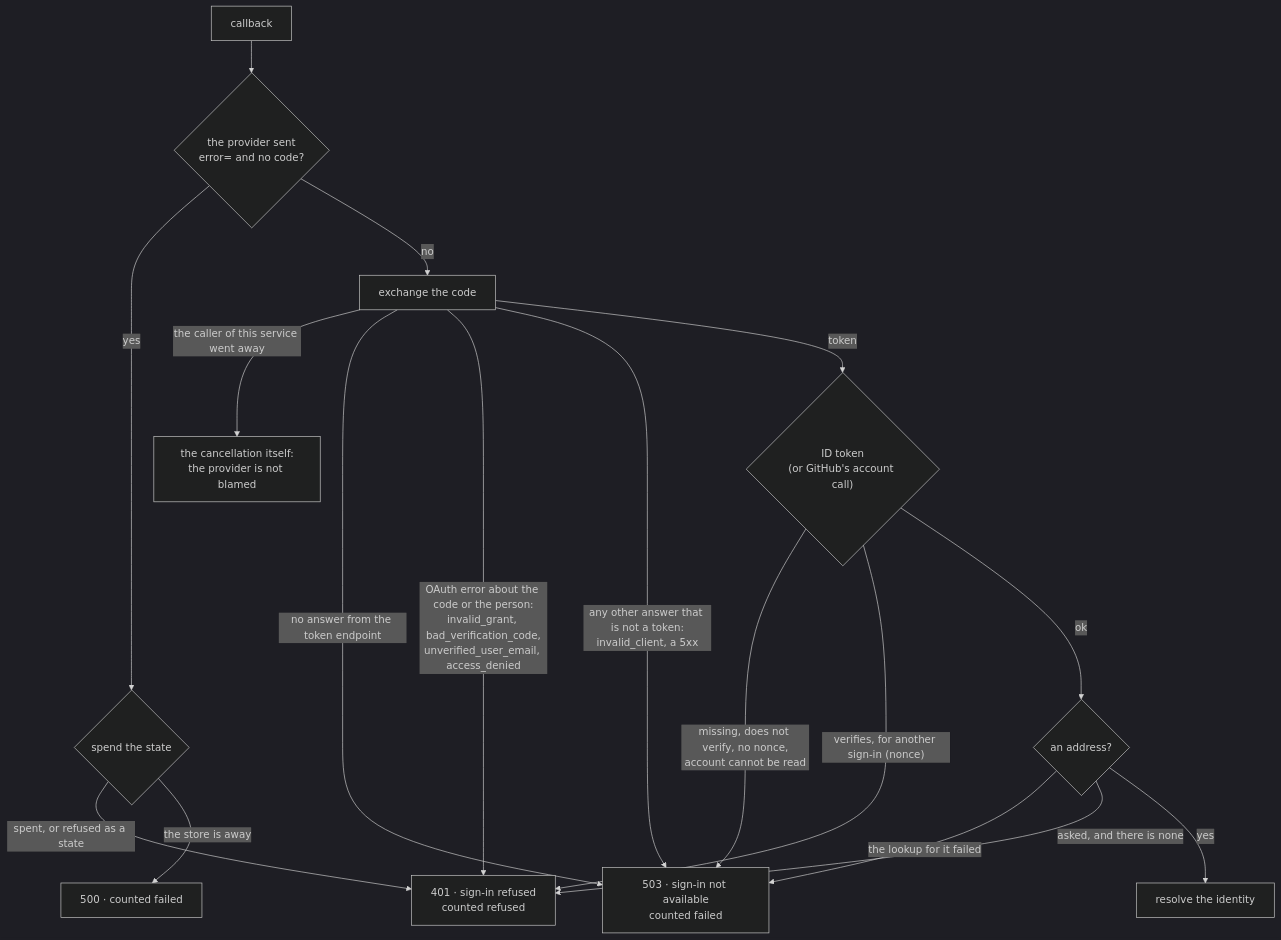
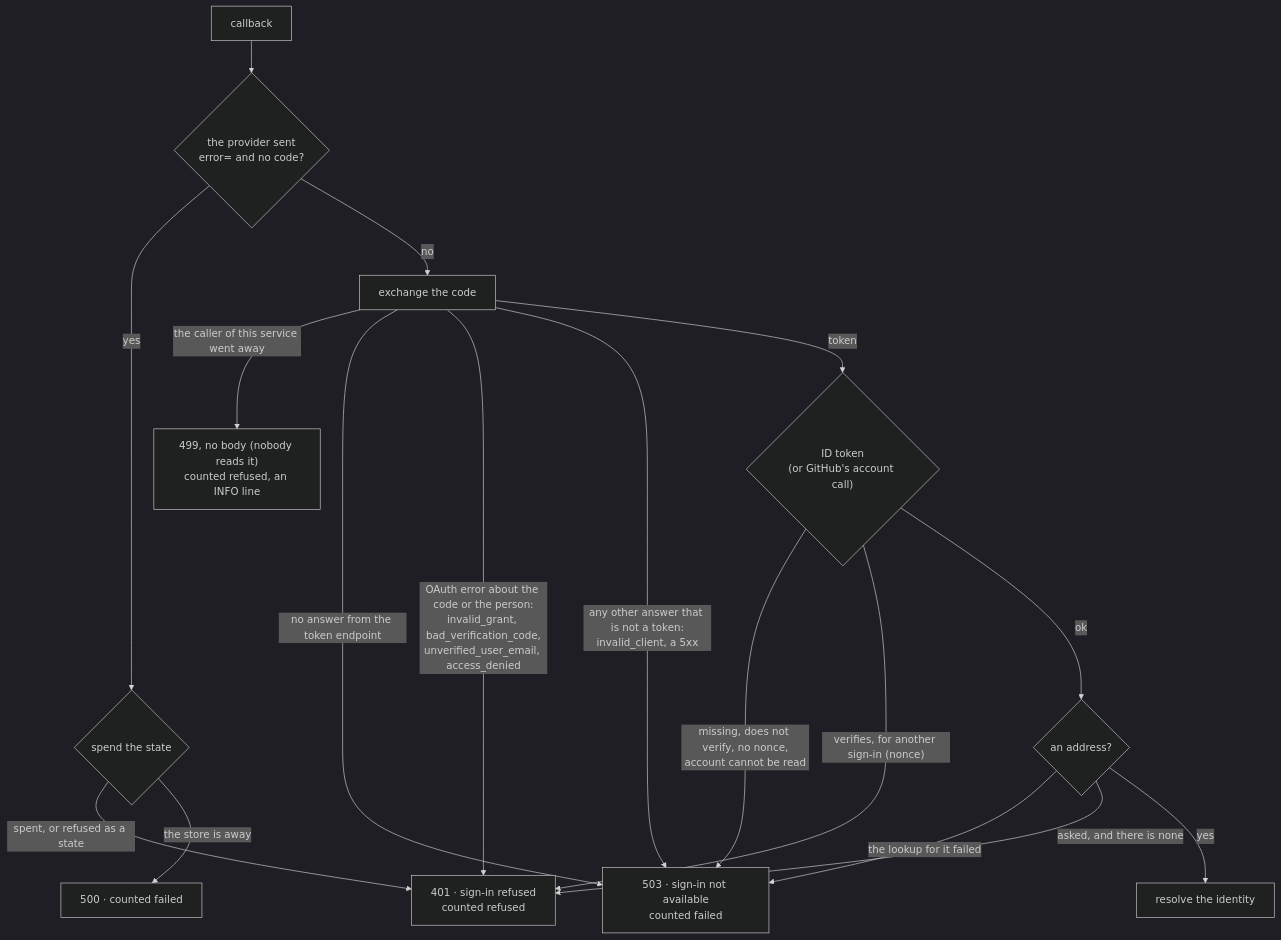
One commit to slashdevops/go-rest-api-service-template changed the fifth of 11 diagrams in docs/architecture/identity-providers.md. Above: the diagram before and after it, drawn with Mermaid (dark theme). The commit also changed other lines of this file and 12 other files, not shown here.

First line of the commit message:
fix(respond): a request its caller abandoned is not a 500 (#177)

````diff
--- a/docs/architecture/identity-providers.md
+++ b/docs/architecture/identity-providers.md
@@ -287,19 +287,19 @@
 ```mermaid
 flowchart TD
     CB[callback] --> ERR{"the provider sent<br/>error= and no code?"}
     ERR -- yes --> SP{"spend the state"}
     SP -- "spent, or refused as a state" --> R401["401 · sign-in refused<br/>counted refused"]
     SP -- "the store is away" --> F500["500 · counted failed"]
     ERR -- no --> EX[exchange the code]
-    EX -- "the caller of this service went away" --> GONE["the cancellation itself:<br/>the provider is not blamed"]
+    EX -- "the caller of this service went away" --> GONE["499, no body (nobody reads it)<br/>counted refused, an INFO line"]
     EX -- "no answer from the token endpoint" --> U503["503 · sign-in not available<br/>counted failed"]
     EX -- "OAuth error about the code or the person:<br/>invalid_grant, bad_verification_code,<br/>unverified_user_email, access_denied" --> R401
     EX -- "any other answer that is not a token:<br/>invalid_client, a 5xx" --> U503
     EX -- token --> ID{"ID token<br/>(or GitHub's account call)"}
     ID -- "missing, does not verify, no nonce,<br/>account cannot be read" --> U503
     ID -- "verifies, for another sign-in (nonce)" --> R401
     ID -- ok --> AD{"an address?"}
     AD -- "the lookup for it failed" --> U503
     AD -- "asked, and there is none" --> R401
     AD -- yes --> RES[resolve the identity]
 ```
````
